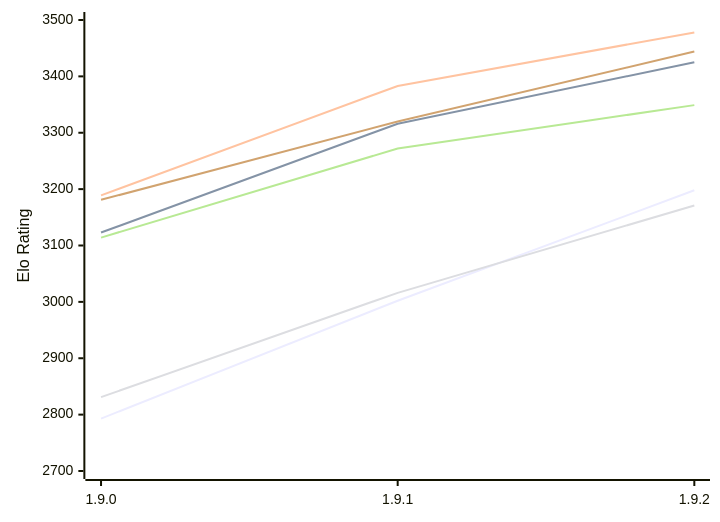
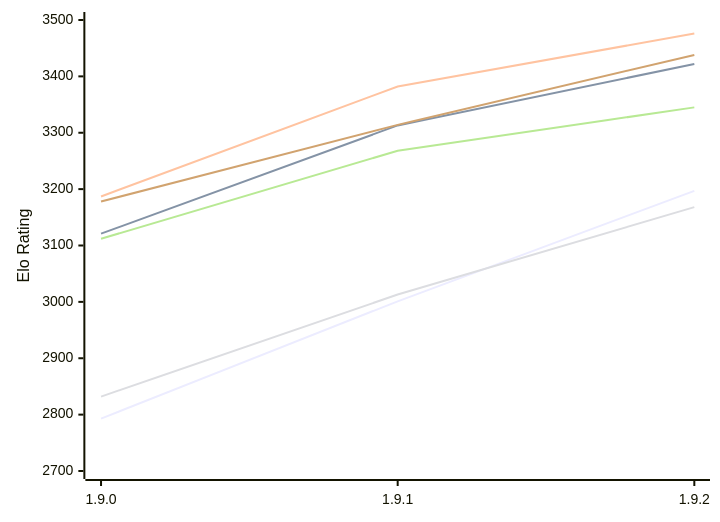
One commit to computer-chess-index/cci changed the diagram in engines/Superpawn.md. Above: the diagram before and after it, drawn with Mermaid. The commit also changed other lines of this file, not shown here.

Commit message:
Update CCI Ratings (ELO VLTC) - 2026-11-19

````diff
--- a/engines/Superpawn.md
+++ b/engines/Superpawn.md
@@ -51,12 +51,12 @@
 ```mermaid
 %%{init: {"theme":"base","themeVariables":{"seriesColors:['#a3a3a3','#222221','#faa371']}}}%%
 xychart-beta
   x-axis ["1.9.0", "1.9.1", "1.9.2"]
   y-axis "Elo Rating" 2700 --> 3500
-  line "E1: STC (8.0+0.08s)" [2793, 3002, 3198]
-  line "E1: LTC (60.0+0.60s)" [3123, 3316, 3425]
-  line "E1: VLTC (2m24s+1.12s)" [3189, 3383, 3478]
-  line "P1: STC (8.0+0.08s)" [2831, 3016, 3171]
-  line "P1: LTC (60.0+0.60s)" [3114, 3272, 3349]
-  line "P1: VLTC (2m24s+1.12s)" [3181, 3320, 3444]
+  line "E1: STC (8.0+0.08s)" [2793, 3001, 3197]
+  line "E1: LTC (60.0+0.60s)" [3121, 3313, 3422]
+  line "E1: VLTC (2m24s+1.12s)" [3187, 3382, 3476]
+  line "P1: STC (8.0+0.08s)" [2832, 3013, 3168]
+  line "P1: LTC (60.0+0.60s)" [3112, 3268, 3345]
+  line "P1: VLTC (2m24s+1.12s)" [3178, 3314, 3438]
 ```
````
